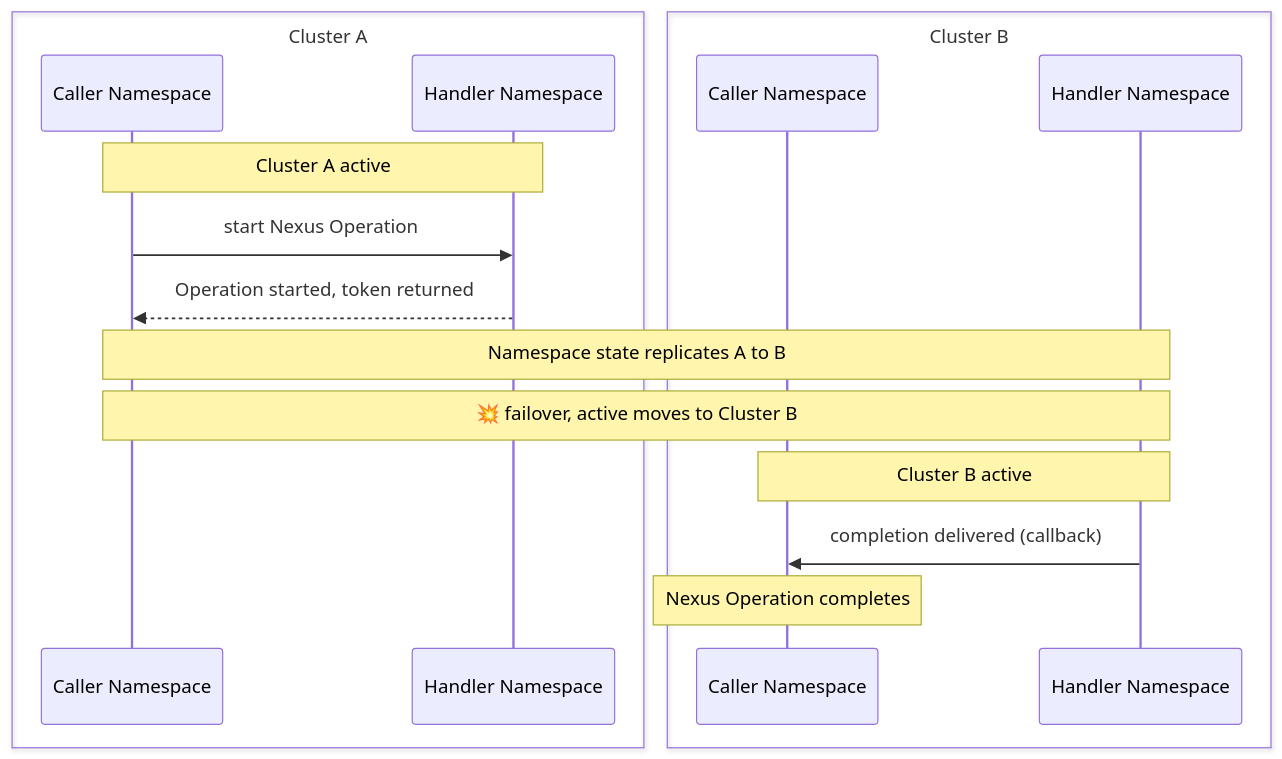
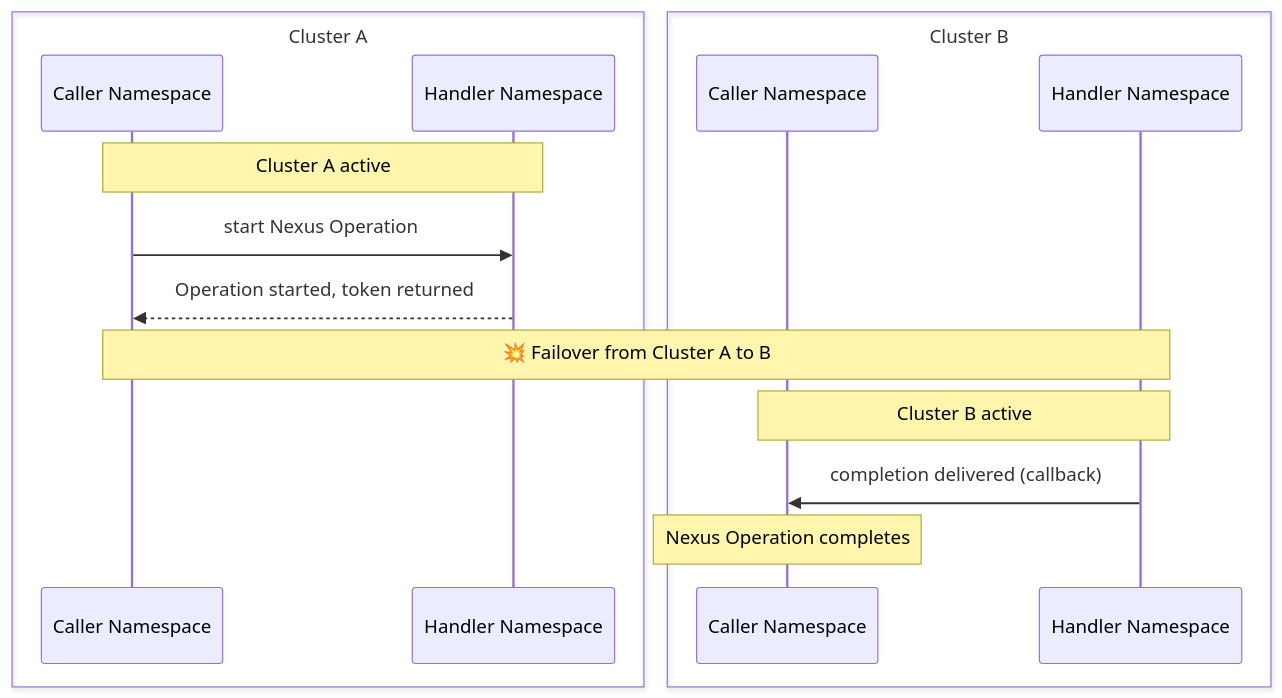
One commit to temporalio/documentation changed the diagram in docs/production-deployment/self-hosted-guide/temporal-nexus.mdx. Above: the diagram before and after it, drawn with Mermaid. The commit also changed other lines of this file, not shown here.

````diff
--- a/docs/production-deployment/self-hosted-guide/temporal-nexus.mdx
+++ b/docs/production-deployment/self-hosted-guide/temporal-nexus.mdx
@@ -141,19 +139,18 @@
 ```mermaid
 sequenceDiagram
     box Cluster A
     participant caA as Caller Namespace
     participant haA as Handler Namespace
     end
     box Cluster B
     participant caB as Caller Namespace
     participant haB as Handler Namespace
     end
     Note over caA,haA: Cluster A active
     caA->>haA: start Nexus Operation
     haA-->>caA: Operation started, token returned
-    Note over caA,haB: Namespace state replicates A to B
-    Note over caA,haB: 💥 failover, active moves to Cluster B
+    Note over caA,haB: 💥 Failover from Cluster A to B
     Note over caB,haB: Cluster B active
     haB->>caB: completion delivered (callback)
     Note over caB: Nexus Operation completes
 ```
````
